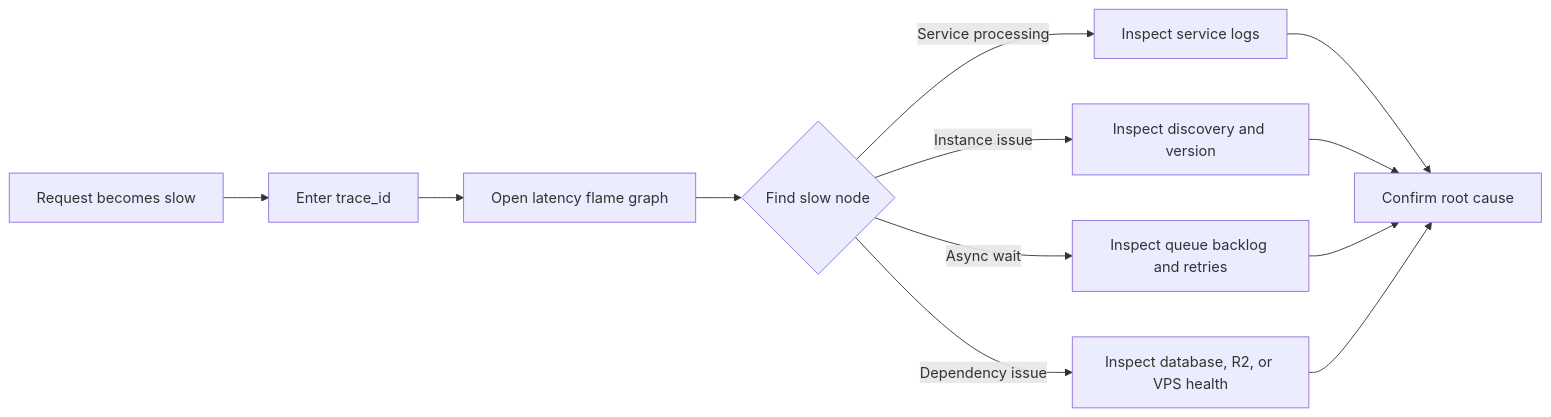
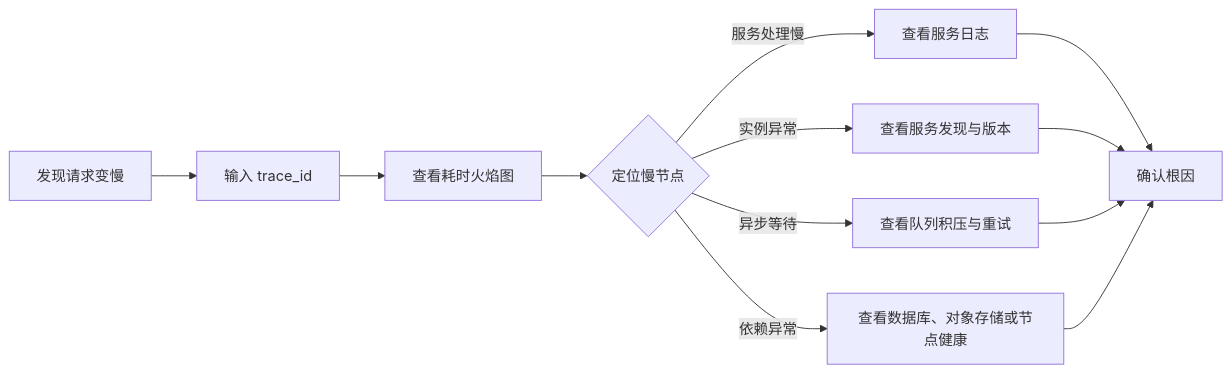
One commit to Liyuk/liyuk.github.io changed the sixth of 6 diagrams in src/content/writing/2026/08/from-request-id-to-trace-system/en.md. Above: the diagram before and after it, drawn with Mermaid. The commit also changed other lines of this file and 11 other files, not shown here.

````diff
--- a/src/content/writing/2026/08/from-request-id-to-trace-system/en.md
+++ b/src/content/writing/2026/08/from-request-id-to-trace-system/en.md
@@ -361,14 +357,14 @@
 ```mermaid
 flowchart LR
-    A[Request becomes slow] --> B[Enter trace_id]
-    B --> C[Open latency flame graph]
-    C --> D{Find slow node}
-    D -->|Service processing| E[Inspect service logs]
-    D -->|Instance issue| F[Inspect discovery and version]
-    D -->|Async wait| G[Inspect queue backlog and retries]
-    D -->|Dependency issue| H[Inspect database, R2, or VPS health]
-    E --> I[Confirm root cause]
+    A[发现请求变慢] --> B[输入 trace_id]
+    B --> C[查看耗时火焰图]
+    C --> D{定位慢节点}
+    D -->|服务处理慢| E[查看服务日志]
+    D -->|实例异常| F[查看服务发现与版本]
+    D -->|异步等待| G[查看队列积压与重试]
+    D -->|依赖异常| H[查看数据库、对象存储或节点健康]
+    E --> I[确认根因]
     F --> I
     G --> I
     H --> I
 ```
````
